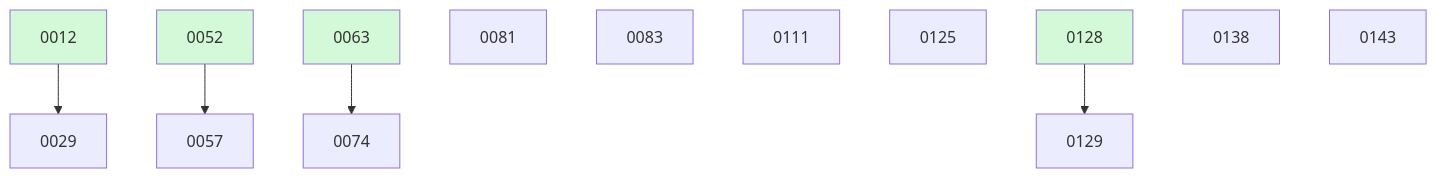
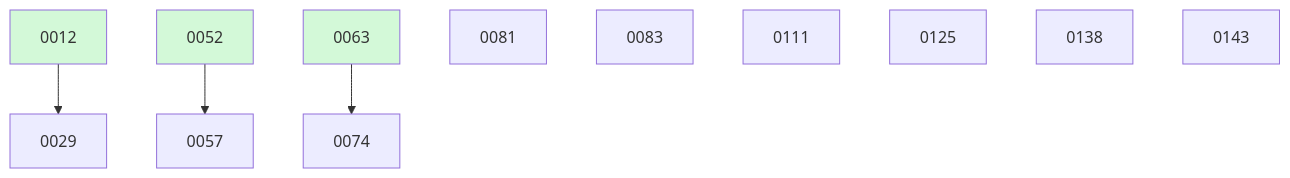
The diagram in docs/changes/BOARD.md (ethanhinson/fuse), drawn with Mermaid before and after one commit. The commit also changed other lines of this file and 4 other files, not shown here.

````diff
--- a/docs/changes/BOARD.md
+++ b/docs/changes/BOARD.md
@@ -35,18 +34,16 @@
 ```mermaid
 graph TD
   0012 --> 0029
   0052 --> 0057
   0063 --> 0074
   0081
   0083
   0111
   0125
-  0128 --> 0129
   0138
   0143
   0012:::done
   0052:::done
   0063:::done
-  0128:::done
   classDef done fill:#d3f9d8;
 ```
````
